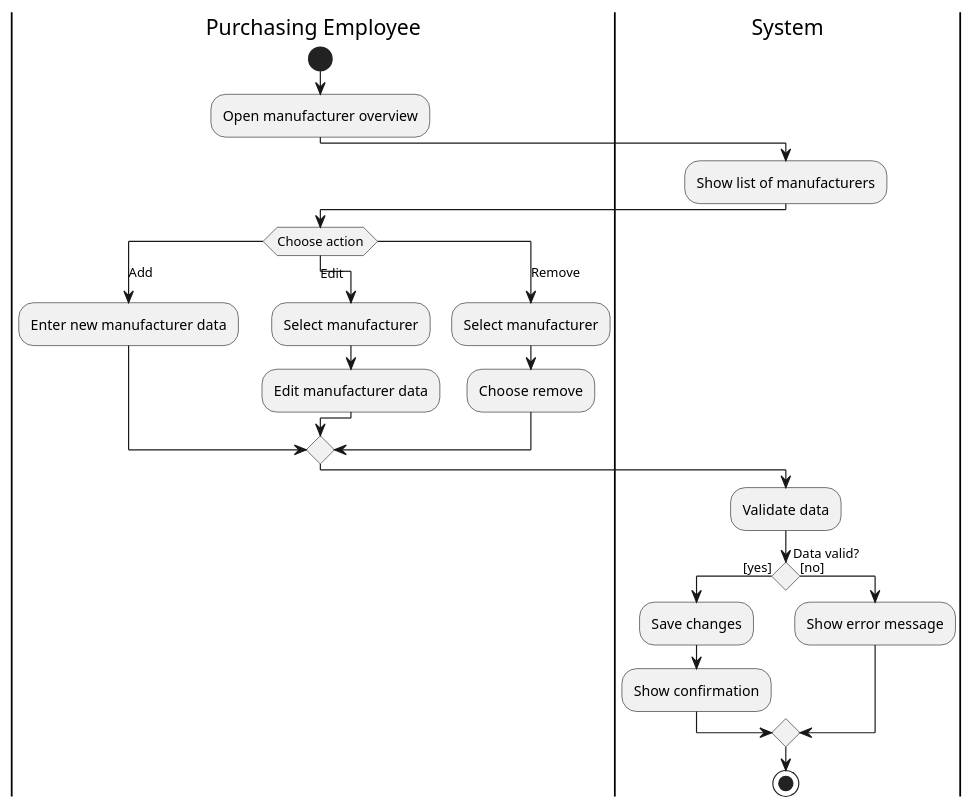
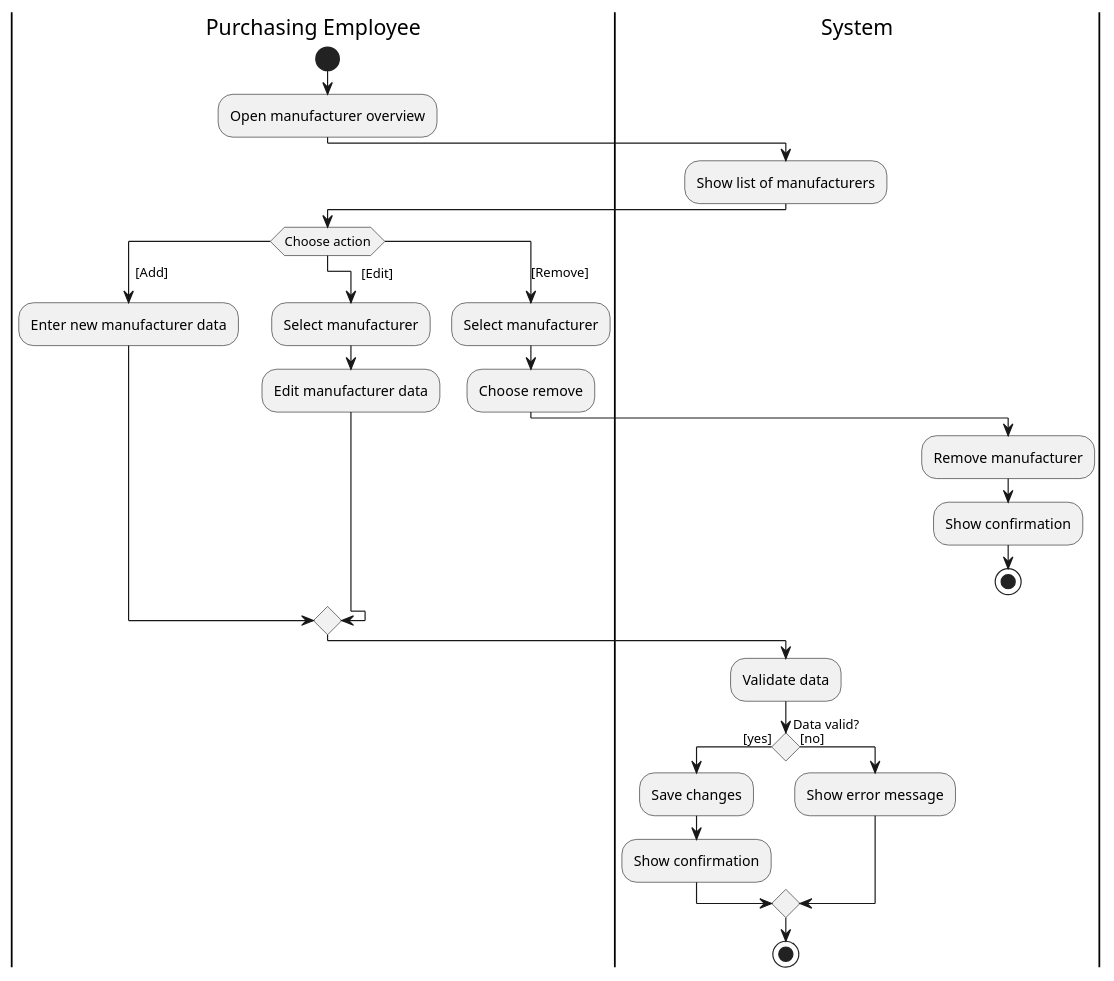
The diagram in Documentation/Architecture/uml/src/activity_diagrams/UC01_Manage_manufacturer_data.puml (ViktorQorri/Project-Timaflu), drawn with PlantUML before and after one commit.

```diff
--- a/Documentation/Architecture/uml/src/activity_diagrams/UC01_Manage_manufacturer_data.puml
+++ b/Documentation/Architecture/uml/src/activity_diagrams/UC01_Manage_manufacturer_data.puml
@@ -1,39 +1,38 @@
 @startuml
-
 skinparam conditionStyle diamond
 skinparam ConditionEndStyle diamond
 skinparam ActivityDiamondFontSize 11
 
 |Purchasing Employee|
 start
 :Open manufacturer overview;
 
 |System|
 :Show list of manufacturers;
 
 |Purchasing Employee|
-
 switch (Choose action)
-case (Add)
+case (  [Add])
   :Enter new manufacturer data;
-case (Edit)
+case (          [Edit])
   :Select manufacturer;
   :Edit manufacturer data;
-case (Remove)
+case ([Remove])
   :Select manufacturer;
   :Choose remove;
+  |System|
+  :Remove manufacturer;
+  :Show confirmation;
+  stop
 endswitch
 
 |System|
 :Validate data;
-
 if (Data valid?) then ([yes])
   :Save changes;
   :Show confirmation;
 else ([no])
   :Show error message;
 endif
-
 stop
-
 @enduml
```
